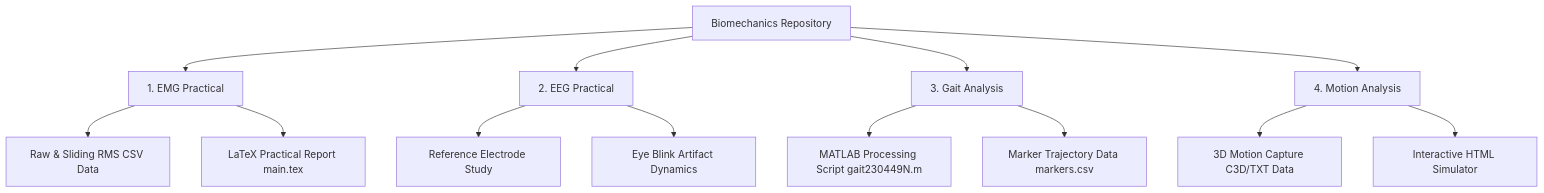
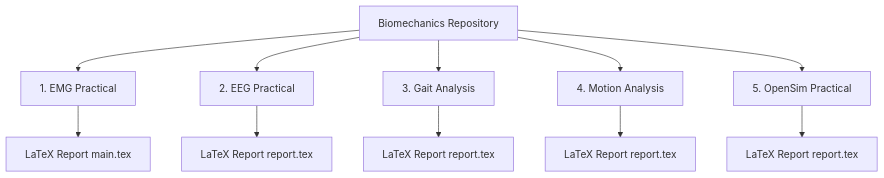
The diagram in README.md (samirunuwanaka/Biomechnics), drawn with Mermaid before and after one commit. The commit also changed other lines of this file and 23 other files, not shown here.

````diff
--- a/README.md
+++ b/README.md
@@ -9,21 +9,16 @@
 ```mermaid
 graph TD
     Root[Biomechanics Repository]
     
     Root --> EMG[1. EMG Practical]
     Root --> EEG[2. EEG Practical]
     Root --> Gait[3. Gait Analysis]
     Root --> Motion[4. Motion Analysis]
+    Root --> OpenSim[5. OpenSim Practical]
 
-    EMG --> EMG_CSV[Raw & Sliding RMS CSV Data]
-    EMG --> EMG_TEX[LaTeX Practical Report main.tex]
-    
-    EEG --> EEG_Ref[Reference Electrode Study]
-    EEG --> EEG_Blink[Eye Blink Artifact Dynamics]
-
-    Gait --> Gait_M[MATLAB Processing Script gait230449N.m]
-    Gait --> Gait_CSV[Marker Trajectory Data markers.csv]
-
-    Motion --> Motion_C3D[3D Motion Capture C3D/TXT Data]
-    Motion --> Motion_Sim[Interactive HTML Simulator]
+    EMG --> EMG_TEX[LaTeX Report main.tex]
+    EEG --> EEG_TEX[LaTeX Report report.tex]
+    Gait --> Gait_TEX[LaTeX Report report.tex]
+    Motion --> Motion_TEX[LaTeX Report report.tex]
+    OpenSim --> OpenSim_TEX[LaTeX Report report.tex]
 ```
````
